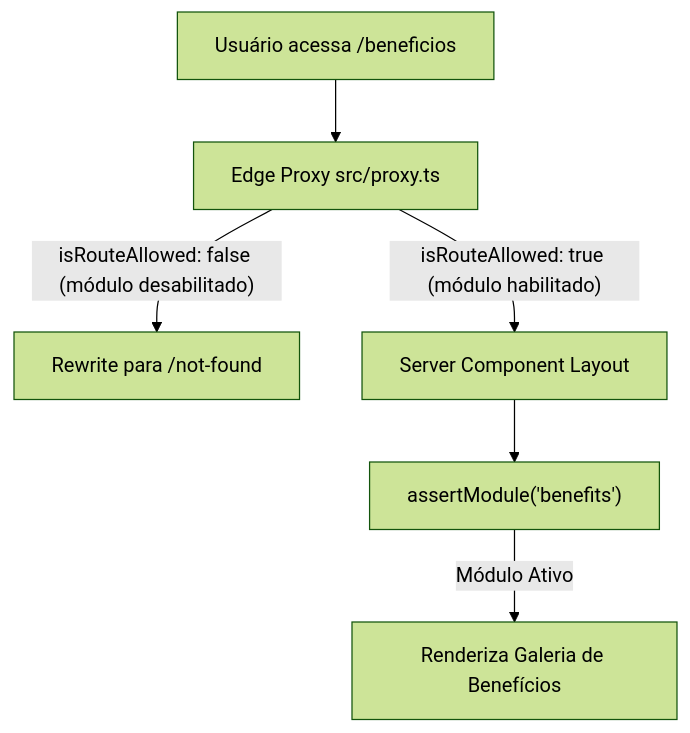
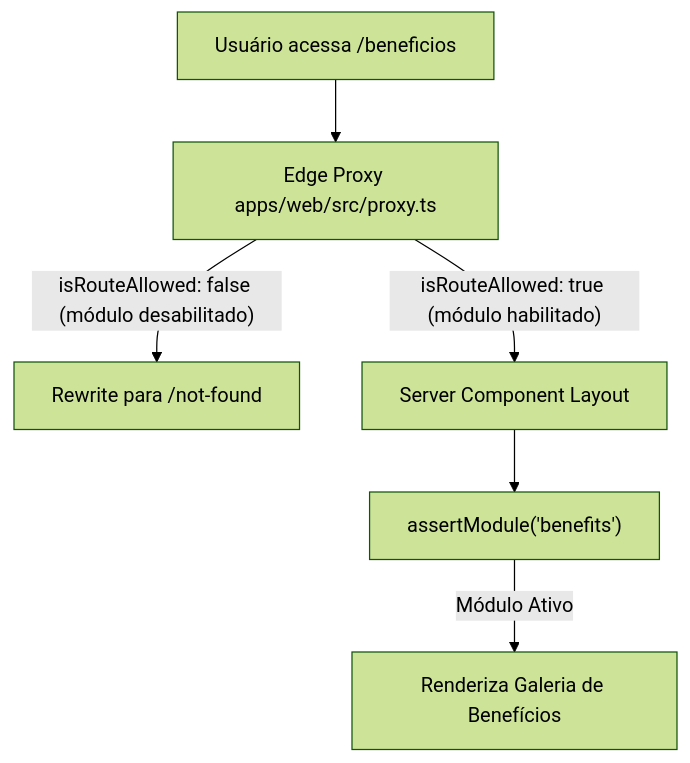
One commit to gui-bus/clubkey changed the first of 2 diagrams in docs/pages/portal/BENEFICIOS.md. Above: the diagram before and after it, drawn with Mermaid (forest theme). The commit also changed other lines of this file and 9 other files, not shown here.

````diff
--- a/docs/pages/portal/BENEFICIOS.md
+++ b/docs/pages/portal/BENEFICIOS.md
@@ -11,8 +11,8 @@
 ```mermaid
 flowchart TD
-    Req["Usuário acessa /beneficios"] --> Proxy["Edge Proxy src/proxy.ts"]
+    Req["Usuário acessa /beneficios"] --> Proxy["Edge Proxy apps/web/src/proxy.ts"]
     Proxy -- "isRouteAllowed: false (módulo desabilitado)" --> 404["Rewrite para /not-found"]
     Proxy -- "isRouteAllowed: true (módulo habilitado)" --> Layout["Server Component Layout"]
     Layout --> Guard["assertModule('benefits')"]
     Guard -- "Módulo Ativo" --> Page["Renderiza Galeria de Benefícios"]
 ```
````
